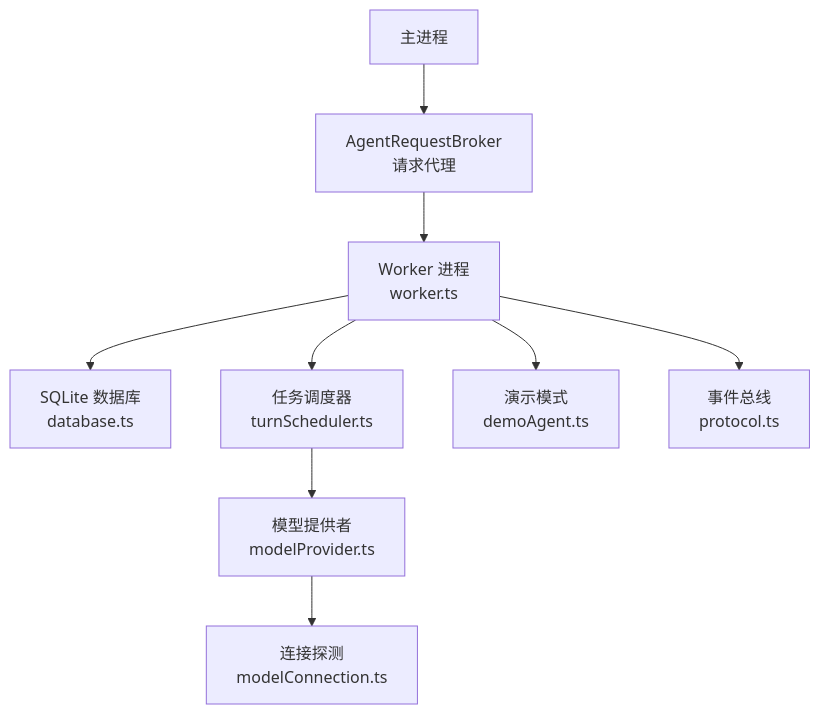
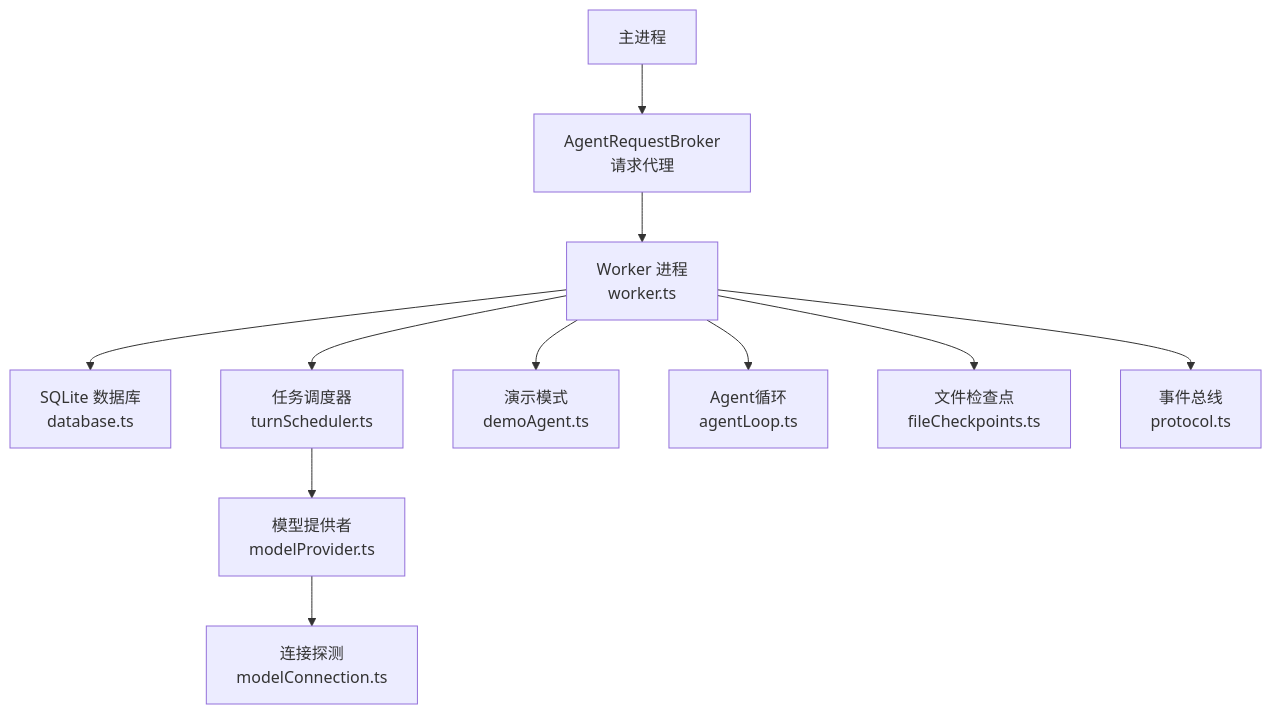
One commit to dyx-9163/ai-aifar changed the first of 6 diagrams in .qoder/repowiki/zh/content/项目概述/核心特性/并发控制和任务调度/工作进程生命周期管理.md. Above: the diagram before and after it, drawn with Mermaid. The commit also changed other lines of this file and 37 other files, not shown here.

````diff
--- a/.qoder/repowiki/zh/content/项目概述/核心特性/并发控制和任务调度/工作进程生命周期管理.md
+++ b/.qoder/repowiki/zh/content/项目概述/核心特性/并发控制和任务调度/工作进程生命周期管理.md
@@ -44,11 +54,13 @@
 ```mermaid
 graph TB
 Main["主进程"] --> Broker["AgentRequestBroker<br/>请求代理"]
 Broker --> Worker["Worker 进程<br/>worker.ts"]
 Worker --> DB["SQLite 数据库<br/>database.ts"]
-Worker --> Scheduler["任务调度器<br/>turnScheduler.ts"]
-Scheduler --> Provider["模型提供者<br/>modelProvider.ts"]
+Worker --> Sched["任务调度器<br/>turnScheduler.ts"]
+Sched --> Provider["模型提供者<br/>modelProvider.ts"]
 Provider --> Conn["连接探测<br/>modelConnection.ts"]
 Worker --> Demo["演示模式<br/>demoAgent.ts"]
+Worker --> Loop["Agent循环<br/>agentLoop.ts"]
+Worker --> Checkpoints["文件检查点<br/>fileCheckpoints.ts"]
 Worker --> Events["事件总线<br/>protocol.ts"]
 ```
````
